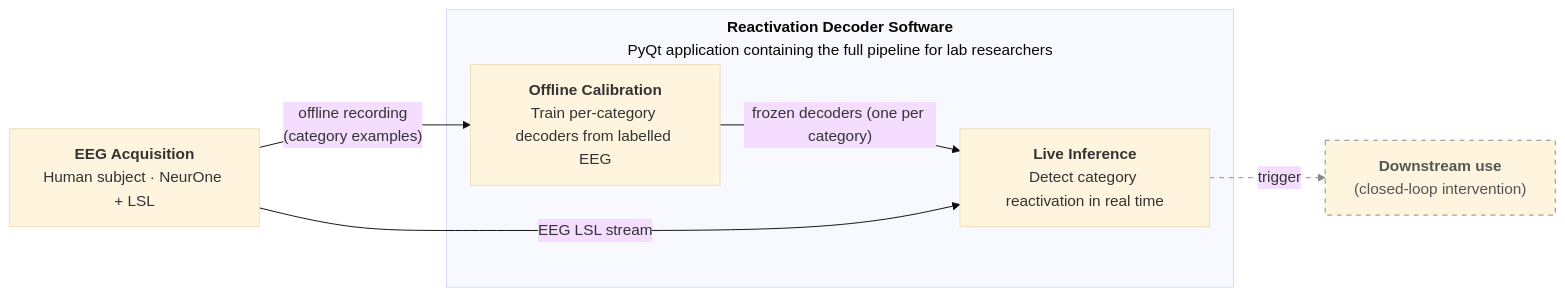
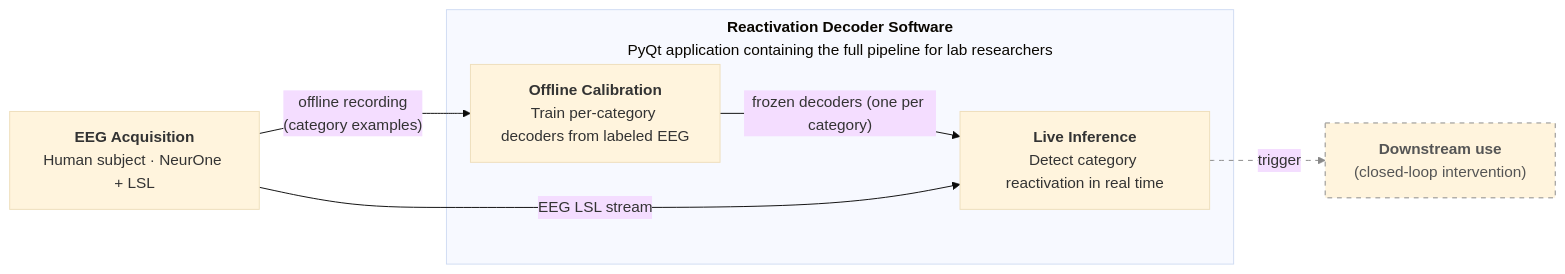
One commit to roiguri/live-reactivation-decoder changed the first of 3 diagrams in docs/diagrams/Project Diagrams Blueprints.md. Above: the diagram before and after it, drawn with Mermaid (base theme). The commit also changed other lines of this file and 3 other files, not shown here.

First line of the commit message:
docs(diagrams): add Figure 3 offline preprocessing pipeline

````diff
--- a/docs/diagrams/Project Diagrams Blueprints.md
+++ b/docs/diagrams/Project Diagrams Blueprints.md
@@ -40,28 +40,28 @@
 ```mermaid
 %%{init: {"flowchart": {"subGraphTitleMargin": {"top": 6, "bottom": 16}}}}%%
 flowchart LR
     %% ---------- Left: single acquisition block ----------
     Acq["<b>EEG Acquisition</b><br>Human subject · NeurOne + LSL"]
 
     %% ---------- Center: software container ----------
     %% NOTE: no `direction TB` here — inheriting the parent LR direction is what
     %% lets the external arrows attach to the inner boxes instead of the border.
     subgraph Software["<center><b>Reactivation Decoder Software</b><br>PyQt application containing the full pipeline for lab researchers</center>"]
-        Off["<b>Offline Calibration</b><br>Train per-category decoders from labelled EEG"]
+        Off["<b>Offline Calibration</b><br>Train per-category decoders from labeled EEG"]
         On["<b>Live Inference</b><br>Detect category reactivation in real time"]
         Off -->|"frozen decoders (one per category)"| On
     end
 
     %% ---------- Right: trigger output ----------
     Use["<b>Downstream use</b><br>(closed-loop intervention)"]
 
     %% ---------- Flows ----------
     Acq -->|"offline recording<br>(category examples)"| Off
     Acq -->|EEG LSL stream| On
     On -->|trigger| Use
 
     %% ---------- Styling: dashed = future / not yet deployed ----------
     classDef future stroke:#888,stroke-dasharray: 5 5,color:#555;
     class Use future;
     linkStyle 3 stroke:#888,stroke-dasharray: 5 5;
 ```
````
